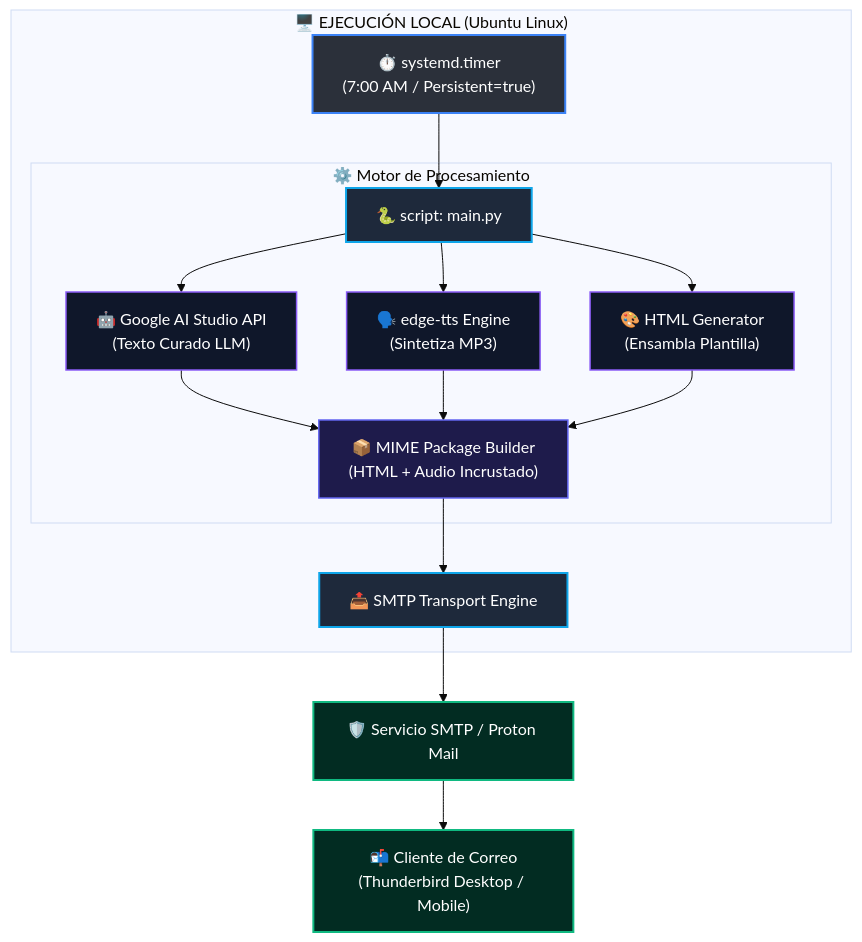
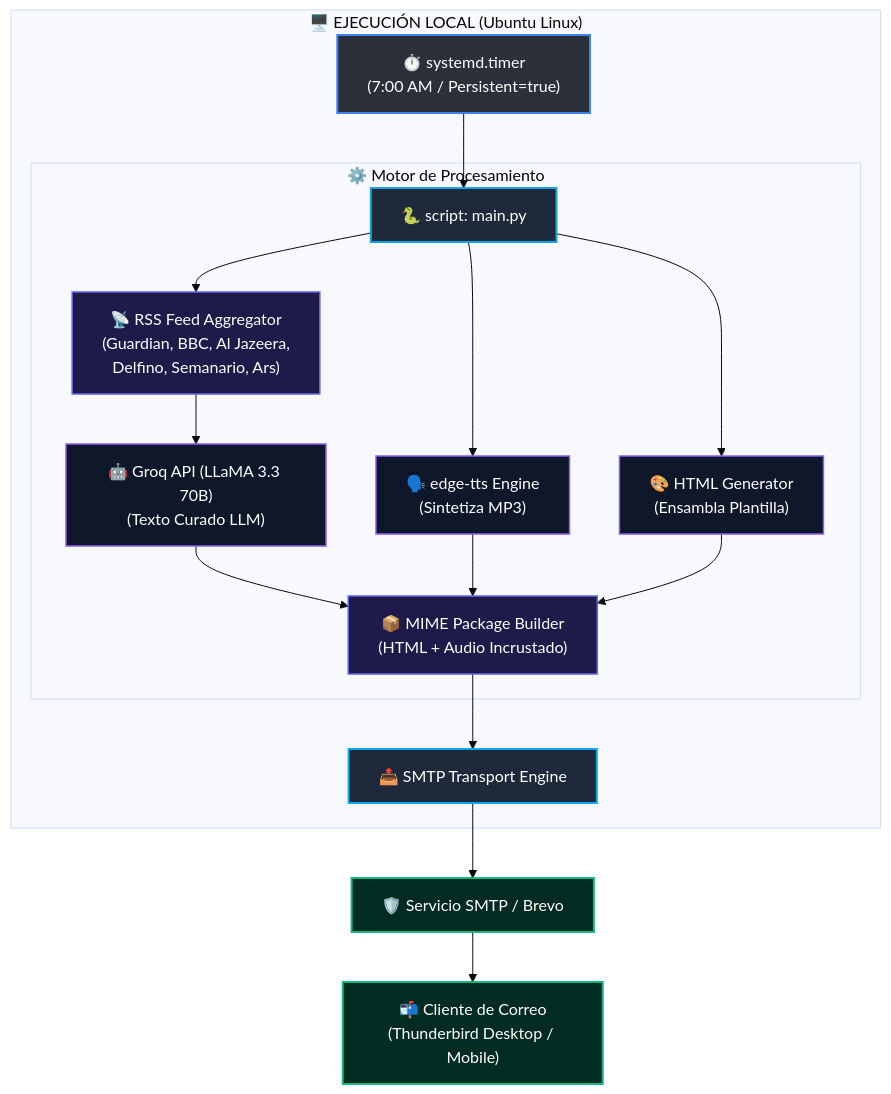
The diagram in BLUEPRINT.md (rodneyara-live/digest13), drawn with Mermaid (base theme) before and after one commit. The commit also changed other lines of this file and 6 other files, not shown here.

Commit message:
Add RSS feed aggregation, source attribution, text_cleaner; fix header regex; update BLUEPRINT.md and README.md

````diff
--- a/BLUEPRINT.md
+++ b/BLUEPRINT.md
@@ -11,28 +11,29 @@
 ```mermaid
 flowchart TD
     %% Estilos de Nodos
     classDef systemd fill:#2b303a,stroke:#3b82f6,stroke-width:2px,color:#fff
     classDef script fill:#1e293b,stroke:#0ea5e9,stroke-width:2px,color:#fff
     classDef api fill:#0f172a,stroke:#8b5cf6,stroke-width:1.5px,color:#fff
     classDef process fill:#1e1b4b,stroke:#6366f1,stroke-width:1.5px,color:#fff
     classDef client fill:#022c22,stroke:#10b981,stroke-width:2px,color:#fff
 
     subgraph OS ["🖥️ EJECUCIÓN LOCAL (Ubuntu Linux)"]
         A["⏱️ systemd.timer<br/>(7:00 AM / Persistent=true)"]:::systemd --> B["🐍 script: main.py"]:::script
 
         subgraph Pipeline ["⚙️ Motor de Procesamiento"]
-            B --> C["🤖 Google AI Studio API<br/>(Texto Curado LLM)"]:::api
-            B --> D["🗣️ edge-tts Engine<br/>(Sintetiza MP3)"]:::api
-            B --> E["🎨 HTML Generator<br/>(Ensambla Plantilla)"]:::api
+            B --> C["📡 RSS Feed Aggregator<br/>(Guardian, BBC, Al Jazeera,<br/>Delfino, Semanario, Ars)"]:::process
+            C --> D["🤖 Groq API (LLaMA 3.3 70B)<br/>(Texto Curado LLM)"]:::api
+            B --> E["🗣️ edge-tts Engine<br/>(Sintetiza MP3)"]:::api
+            B --> F["🎨 HTML Generator<br/>(Ensambla Plantilla)"]:::api
 
-            C --> F["📦 MIME Package Builder<br/>(HTML + Audio Incrustado)"]:::process
-            D --> F
-            E --> F
+            D --> G["📦 MIME Package Builder<br/>(HTML + Audio Incrustado)"]:::process
+            E --> G
+            F --> G
         end
 
-        F --> G["📤 SMTP Transport Engine"]:::script
+        G --> H["📤 SMTP Transport Engine"]:::script
     end
 
-    G --> H["🛡️ Servicio SMTP / Proton Mail"]:::client
-    H --> I["📬 Cliente de Correo<br/>(Thunderbird Desktop / Mobile)"]:::client
+    H --> I["🛡️ Servicio SMTP / Brevo"]:::client
+    I --> J["📬 Cliente de Correo<br/>(Thunderbird Desktop / Mobile)"]:::client
 ```
````
